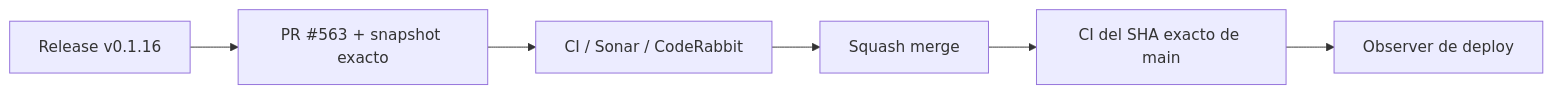
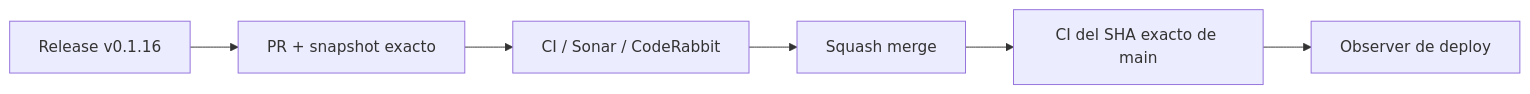
The diagram in README.md (pl0n3r/brvtal), drawn with Mermaid before and after one commit. The commit also changed other lines of this file, not shown here.

Commit message:
docs: align README dashboard with exact CI contract

````diff
--- a/README.md
+++ b/README.md
@@ -47,8 +47,8 @@
 ```mermaid
 flowchart LR
- A["Release v0.1.16"] --> P["PR #563 + snapshot exacto"]
+ A["Release v0.1.16"] --> P["PR + snapshot exacto"]
  P --> Q["CI / Sonar / CodeRabbit"]
  Q --> M["Squash merge"]
  M --> X["CI del SHA exacto de main"]
  X --> O["Observer de deploy"]
 ```
````
